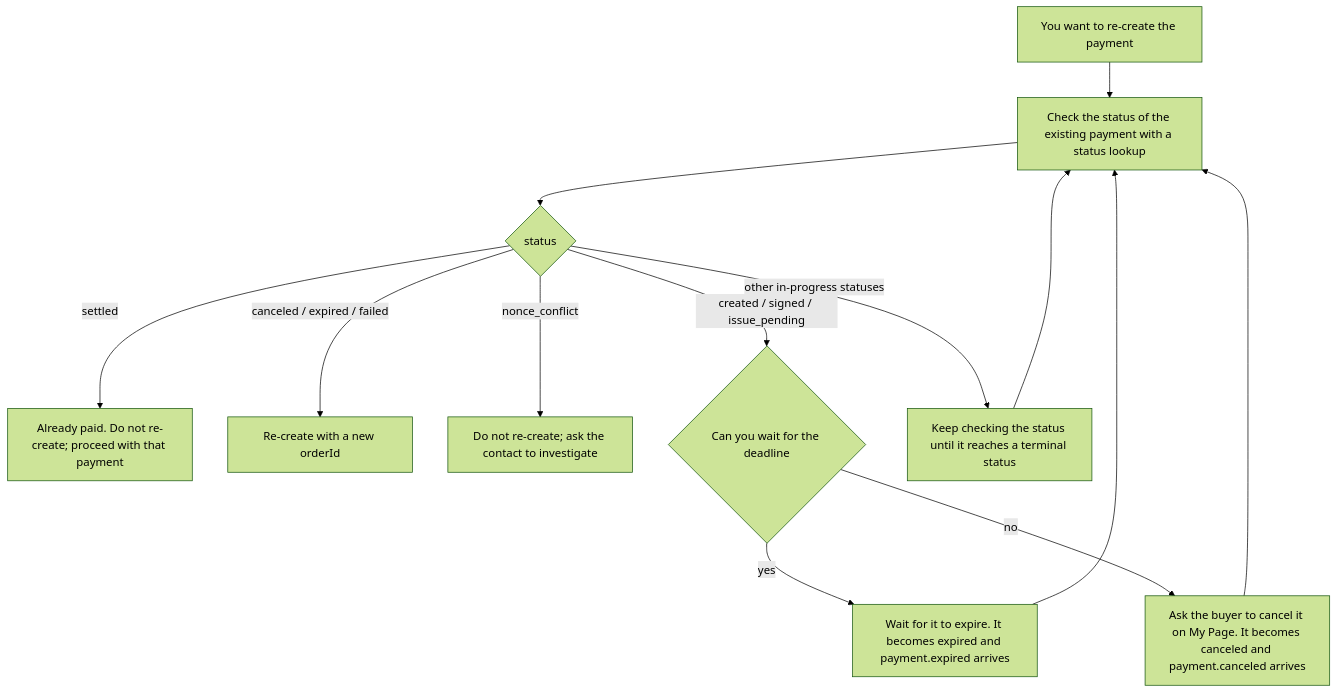
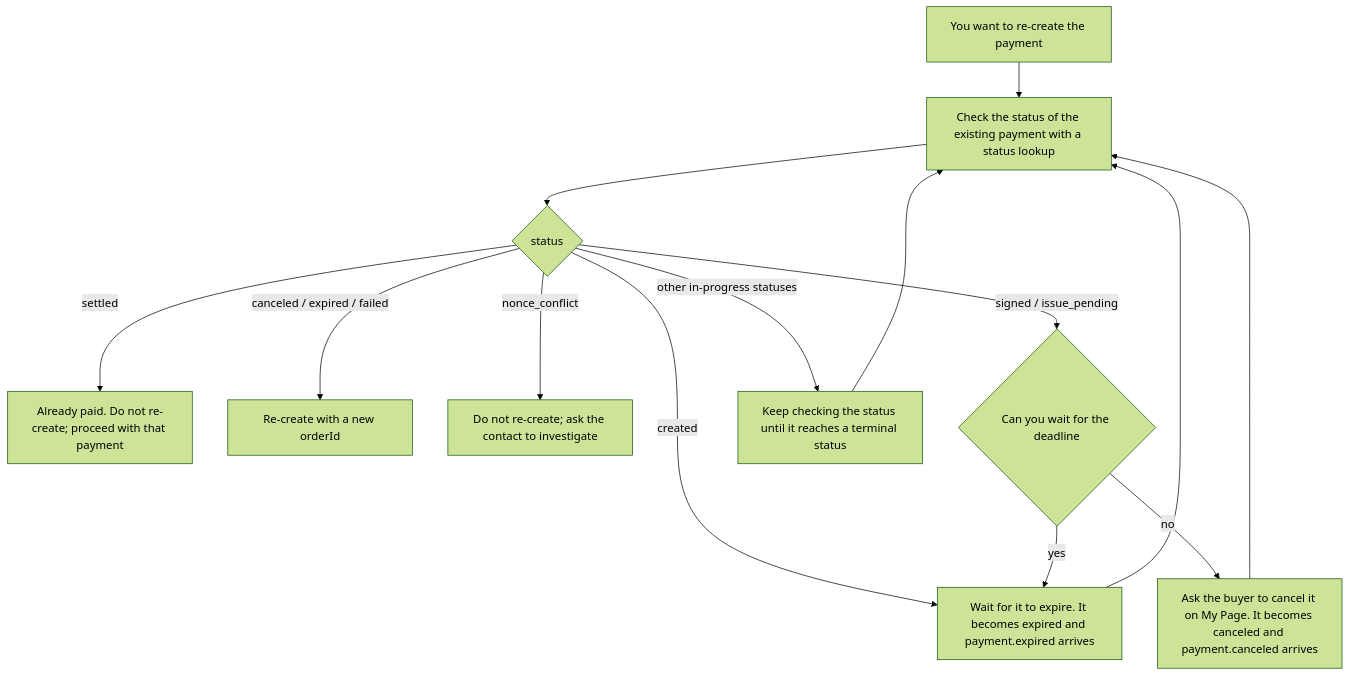
Before and after one commit to ango-ya/stbl-pay-site: the diagram in docs-site/i18n/en/docusaurus-plugin-content-docs/current/client/integrate-existing-ec.md, drawn with Mermaid (forest theme). The commit also changed other lines of this file and 1 other file, not shown here.

Commit message:
fix(docs): 作り直しの図で created を期限待ちだけにし、マイページでの取消を signed・issue_pending に限る

````diff
--- a/docs-site/i18n/en/docusaurus-plugin-content-docs/current/client/integrate-existing-ec.md
+++ b/docs-site/i18n/en/docusaurus-plugin-content-docs/current/client/integrate-existing-ec.md
@@ -36,15 +36,16 @@
 ```mermaid
 flowchart TD
   A[You want to re-create the payment] --> B[Check the status of the existing payment with a status lookup]
   B --> C{status}
   C -- settled --> D[Already paid. Do not re-create; proceed with that payment]
   C -- canceled / expired / failed --> E[Re-create with a new orderId]
   C -- nonce_conflict --> F[Do not re-create; ask the contact to investigate]
-  C -- created / signed / issue_pending --> G{Can you wait for the deadline}
+  C -- created --> H
+  C -- signed / issue_pending --> G{Can you wait for the deadline}
   C -- other in-progress statuses --> J[Keep checking the status until it reaches a terminal status]
   J --> B
   G -- yes --> H[Wait for it to expire. It becomes expired and payment.expired arrives]
   G -- no --> I[Ask the buyer to cancel it on My Page. It becomes canceled and payment.canceled arrives]
   H --> B
   I --> B
 ```
````
